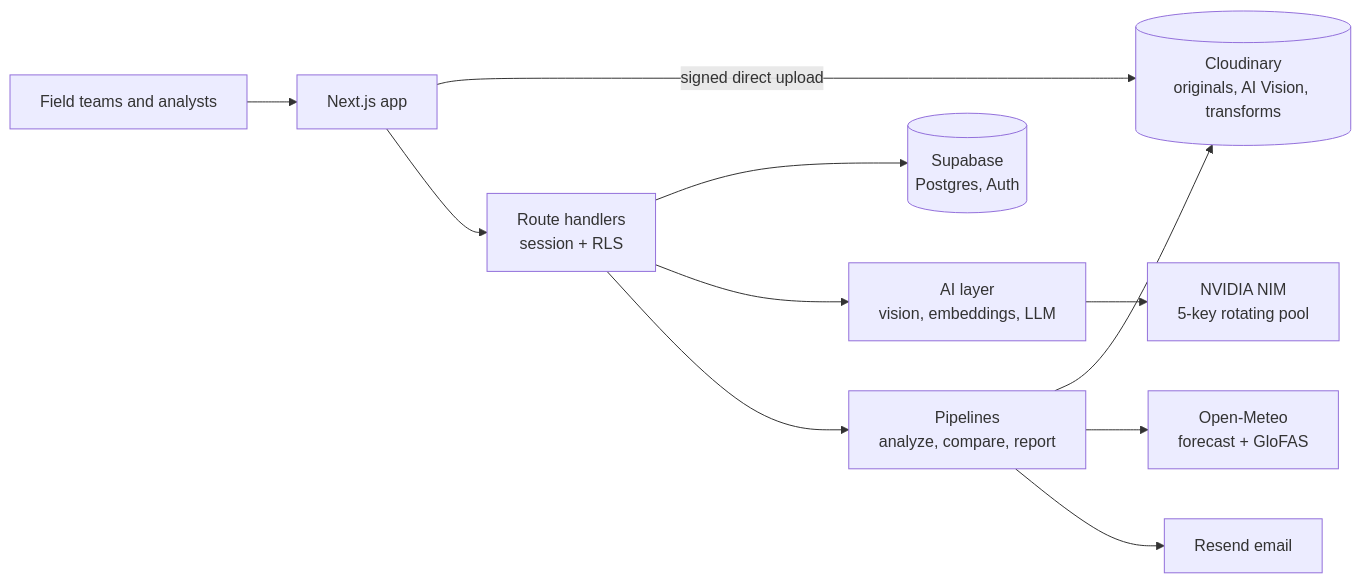
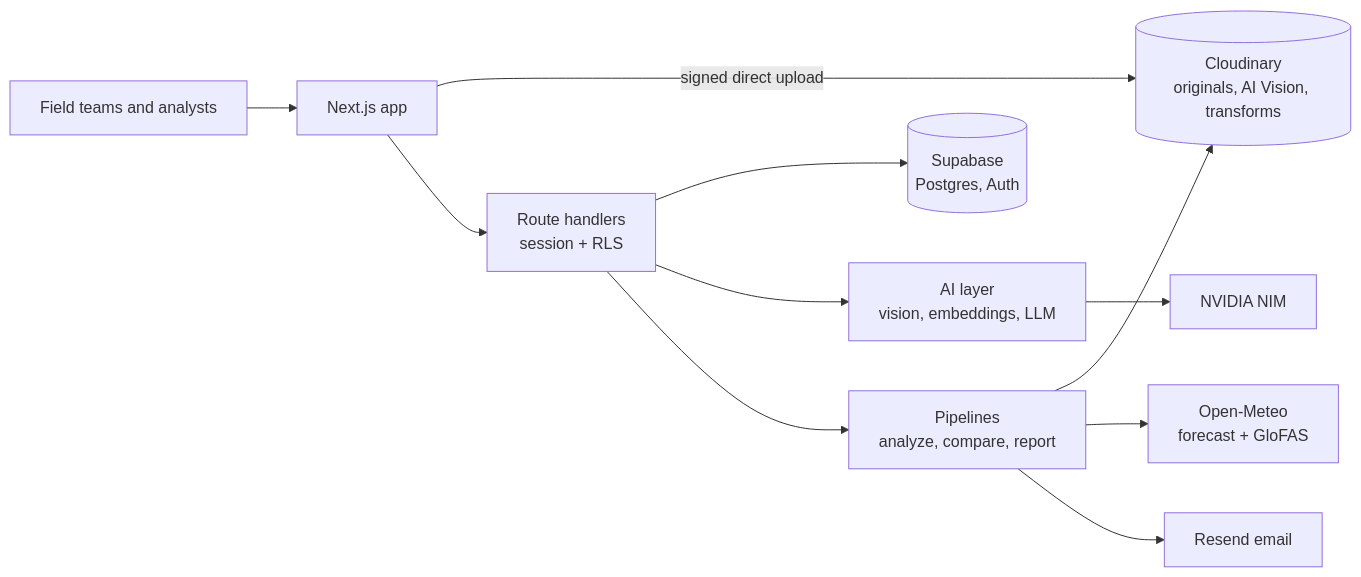
Before and after one commit to Team-NAVGATI/cloudinary-impact-atlas: the diagram in README.md, drawn with Mermaid. The commit also changed other lines of this file and 8 other files, not shown here.

````diff
--- a/README.md
+++ b/README.md
@@ -55,13 +55,13 @@
 ```mermaid
 flowchart LR
   U[Field teams and analysts] --> APP[Next.js app]
   APP -- signed direct upload --> CLD[(Cloudinary<br/>originals, AI Vision, transforms)]
   APP --> API[Route handlers<br/>session + RLS]
   API --> DB[(Supabase<br/>Postgres, Auth)]
   API --> AI[AI layer<br/>vision, embeddings, LLM]
-  AI --> NV[NVIDIA NIM<br/>5-key rotating pool]
+  AI --> NV[NVIDIA NIM]
   API --> PIPE[Pipelines<br/>analyze, compare, report]
   PIPE --> CLD
   PIPE --> WX[Open-Meteo<br/>forecast + GloFAS]
   PIPE --> MAIL[Resend email]
 ```
````
